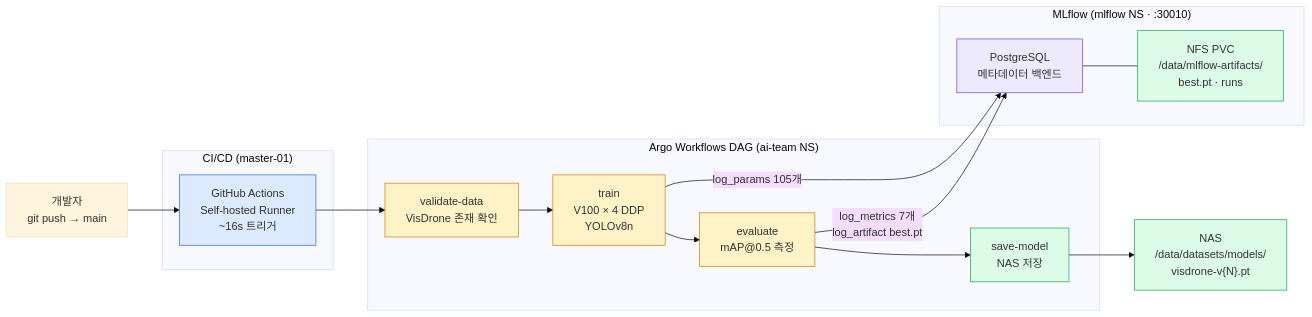
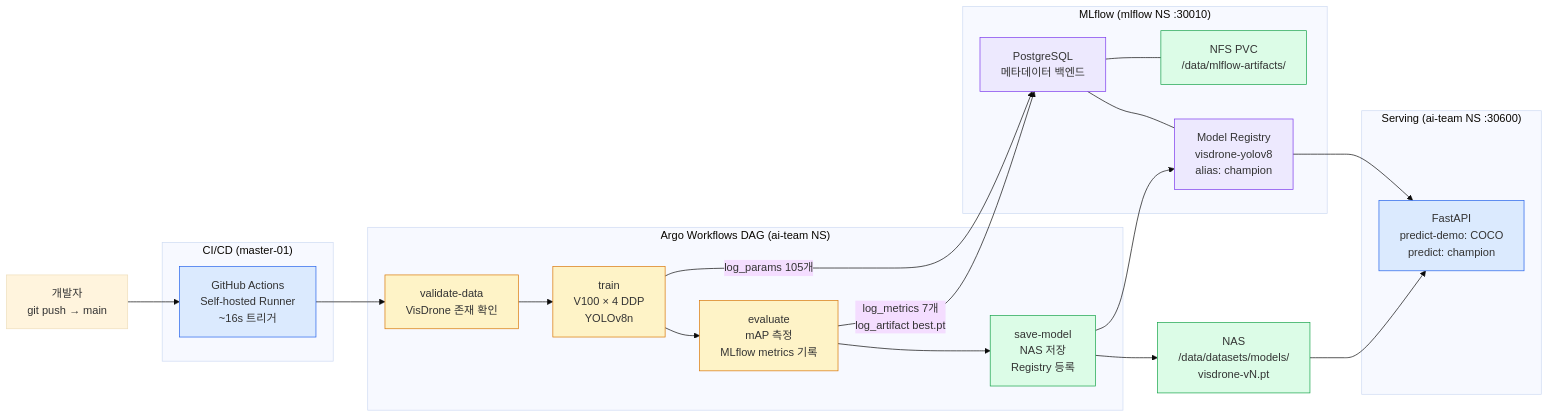
The second of 4 diagrams in docs/overview/cluster-diagram.md (52K-0812/28gpu-cluster-rebuild), drawn with Mermaid (base theme) before and after one commit. The commit also changed other lines of this file and 2 other files, not shown here.

Commit message:
문서 수정

````diff
--- a/docs/overview/cluster-diagram.md
+++ b/docs/overview/cluster-diagram.md
@@ -69,38 +69,49 @@
 ```mermaid
 graph LR
-    DEV["개발자\ngit push → main"]
+    DEV["개발자<br/>git push → main"]
 
     subgraph CICD["CI/CD (master-01)"]
-        GHA["GitHub Actions\nSelf-hosted Runner\n~16s 트리거"]
+        GHA["GitHub Actions<br/>Self-hosted Runner<br/>~16s 트리거"]
     end
 
     subgraph ARGO["Argo Workflows DAG (ai-team NS)"]
-        VAL["validate-data\nVisDrone 존재 확인"]
-        TRAIN["train\nV100 × 4 DDP\nYOLOv8n"]
-        EVAL["evaluate\nmAP@0.5 측정"]
-        SAVE["save-model\nNAS 저장"]
+        VAL["validate-data<br/>VisDrone 존재 확인"]
+        TRAIN["train<br/>V100 × 4 DDP<br/>YOLOv8n"]
+        EVAL["evaluate<br/>mAP 측정<br/>MLflow metrics 기록"]
+        SAVE["save-model<br/>NAS 저장<br/>Registry 등록"]
         VAL --> TRAIN --> EVAL --> SAVE
     end
 
-    subgraph MLFLOW["MLflow (mlflow NS · :30010)"]
-        PG["PostgreSQL\n메타데이터 백엔드"]
-        ART["NFS PVC\n/data/mlflow-artifacts/\nbest.pt · runs"]
+    subgraph MLFLOW["MLflow (mlflow NS :30010)"]
+        PG["PostgreSQL<br/>메타데이터 백엔드"]
+        ART["NFS PVC<br/>/data/mlflow-artifacts/"]
+        REG["Model Registry<br/>visdrone-yolov8<br/>alias: champion"]
         PG --- ART
+        PG --- REG
     end
 
-    NAS["NAS\n/data/datasets/models/\nvisdrone-v{N}.pt"]
+    NAS["NAS<br/>/data/datasets/models/<br/>visdrone-vN.pt"]
+
+    subgraph SERVE["Serving (ai-team NS :30600)"]
+        API["FastAPI<br/>predict-demo: COCO<br/>predict: champion"]
+    end
 
     DEV --> GHA --> VAL
     TRAIN -->|"log_params 105개"| PG
-    EVAL -->|"log_metrics 7개\nlog_artifact best.pt"| PG
+    EVAL -->|"log_metrics 7개<br/>log_artifact best.pt"| PG
     SAVE --> NAS
+    SAVE --> REG
+    REG --> API
+    NAS --> API
 
     style GHA fill:#dbeafe,stroke:#2563eb
     style VAL fill:#fef3c7,stroke:#d97706
     style TRAIN fill:#fef3c7,stroke:#d97706
     style EVAL fill:#fef3c7,stroke:#d97706
     style SAVE fill:#dcfce7,stroke:#16a34a
     style PG fill:#ede9fe,stroke:#7c3aed
     style ART fill:#dcfce7,stroke:#16a34a
+    style REG fill:#ede9fe,stroke:#7c3aed
     style NAS fill:#dcfce7,stroke:#16a34a
+    style API fill:#dbeafe,stroke:#2563eb
 ```
````
